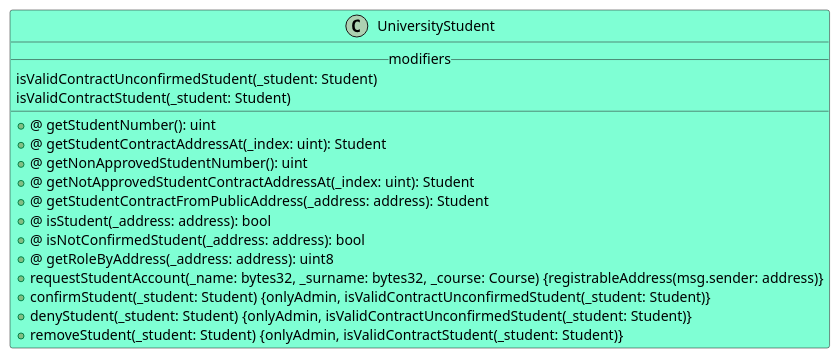
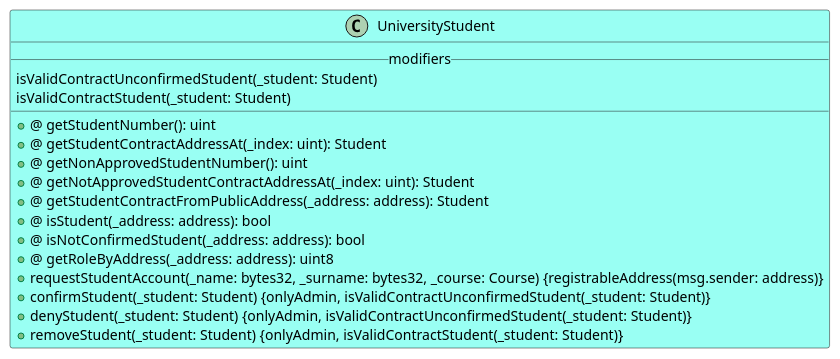
One commit to M9k/Marvin-Uml changed the diagram in Solidity/Contracts/UniversityStudent.iuml. Above: the diagram before and after it, drawn with PlantUML. The commit also changed 9 other files, not shown here.

```diff
--- a/Solidity/Contracts/UniversityStudent.iuml
+++ b/Solidity/Contracts/UniversityStudent.iuml
@@ -1,21 +1,21 @@
 @startuml
 
-class UniversityStudent #AquaMarine {
+class UniversityStudent #99FFF3 {
 __modifiers__
 isValidContractUnconfirmedStudent(_student: Student)
 isValidContractStudent(_student: Student)
 __
 +@ getStudentNumber(): uint
 +@ getStudentContractAddressAt(_index: uint): Student
 +@ getNonApprovedStudentNumber(): uint
 +@ getNotApprovedStudentContractAddressAt(_index: uint): Student
 +@ getStudentContractFromPublicAddress(_address: address): Student
 +@ isStudent(_address: address): bool
 +@ isNotConfirmedStudent(_address: address): bool
 +@ getRoleByAddress(_address: address): uint8
 + requestStudentAccount(_name: bytes32, _surname: bytes32, _course: Course) {registrableAddress(msg.sender: address)}
 + confirmStudent(_student: Student) {onlyAdmin, isValidContractUnconfirmedStudent(_student: Student)}
 + denyStudent(_student: Student) {onlyAdmin, isValidContractUnconfirmedStudent(_student: Student)}
 + removeStudent(_student: Student) {onlyAdmin, isValidContractStudent(_student: Student)}
 }
 @enduml
```
